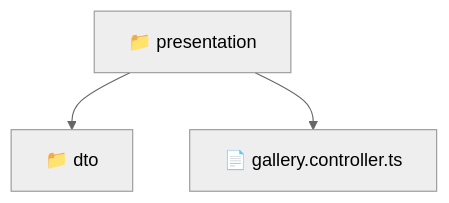
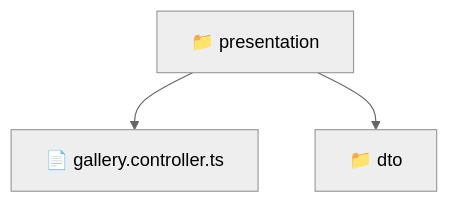
The diagram in backend/src/modules/gallery/presentation/README.md (beginwebdev2002/fullstack-mavluda), drawn with Mermaid (neutral theme) before and after one commit. The commit also changed other lines of this file and 166 other files, not shown here.

First line of the commit message:
docs: generate repository-wide architectural README files

````diff
--- a/backend/src/modules/gallery/presentation/README.md
+++ b/backend/src/modules/gallery/presentation/README.md
@@ -9,6 +11,8 @@
 ```mermaid
 graph TD
-  Root["📁 presentation"]
-  Root --> dto["📁 dto"]
-  Root --> gallery_controller_ts["📄 gallery.controller.ts"]
+  f_Root_presentation["📁 presentation"]
+  f_gallery_controller_ts["📄 gallery.controller.ts"]
+  f_Root_presentation --> f_gallery_controller_ts
+  f_Dir_dto["📁 dto"]
+  f_Root_presentation --> f_Dir_dto
 ```
````
